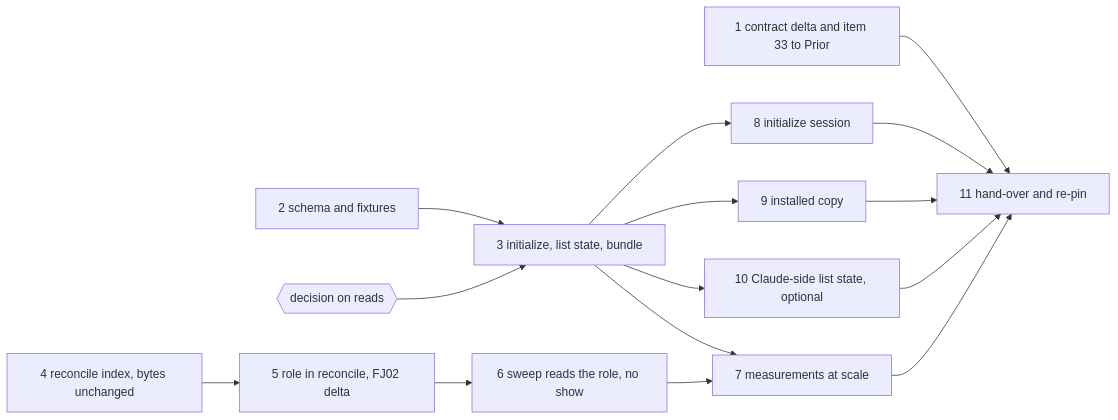
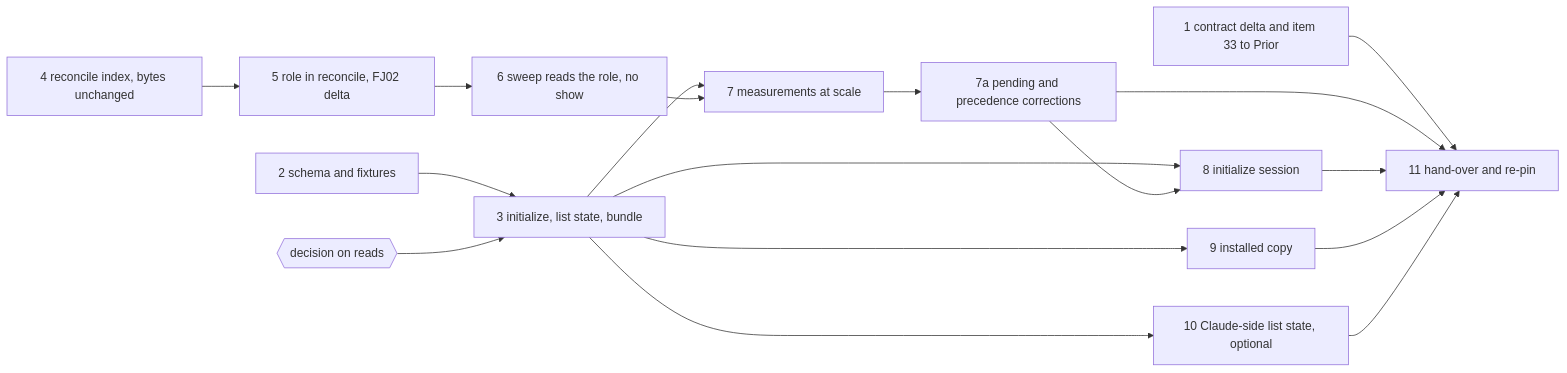
One commit to tenzoki/fusion changed the second of 2 diagrams in fusion-workbench/work-packages/260928-1338-json-control-data-and-markdown-artefacts/plans/260930-1654_p_plan-initialize-the-codec-creates-a-new-workbench-and-list-names-its-state.md. Above: the diagram before and after it, drawn with Mermaid. The commit also changed other lines of this file and 1 other file, not shown here.

````diff
--- a/fusion-workbench/work-packages/260928-1338-json-control-data-and-markdown-artefacts/plans/260930-1654_p_plan-initialize-the-codec-creates-a-new-workbench-and-list-names-its-state.md
+++ b/fusion-workbench/work-packages/260928-1338-json-control-data-and-markdown-artefacts/plans/260930-1654_p_plan-initialize-the-codec-creates-a-new-workbench-and-list-names-its-state.md
@@ -64,17 +65,19 @@
 ```mermaid
 flowchart LR
   S1[1 contract delta and item 33 to Prior] --> S11
   S2[2 schema and fixtures] --> S3
   DR{{decision on reads}} --> S3
   S3[3 initialize, list state, bundle] --> S8[8 initialize session]
   S3 --> S9[9 installed copy]
   S3 --> S10[10 Claude-side list state, optional]
   S4[4 reconcile index, bytes unchanged] --> S5[5 role in reconcile, FJ02 delta]
   S5 --> S6[6 sweep reads the role, no show]
   S3 --> S7[7 measurements at scale]
   S6 --> S7
-  S7 --> S11[11 hand-over and re-pin]
+  S7 --> S7a[7a pending and precedence corrections]
+  S7a --> S8
+  S7a --> S11[11 hand-over and re-pin]
   S8 --> S11
   S9 --> S11
   S10 --> S11
 ```
````
